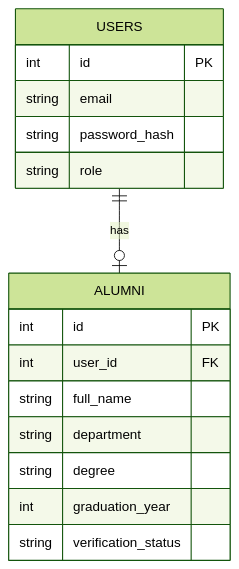
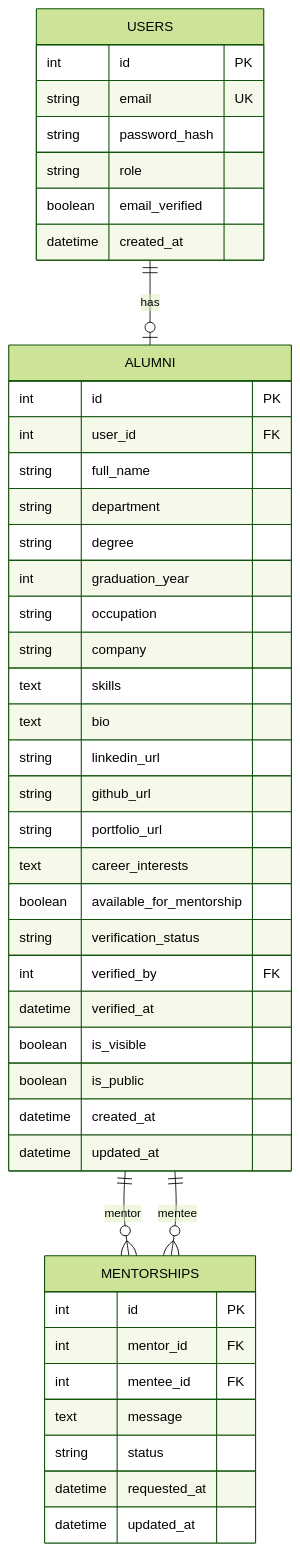
The diagram in README.md (varshaarun1211/LegacyLink), drawn with Mermaid (forest theme) before and after one commit. The commit also changed other lines of this file, not shown here.

First line of the commit message:
Update README with database schema and ER diagram

````diff
--- a/README.md
+++ b/README.md
@@ -171,21 +131,50 @@
 ```mermaid
 erDiagram
     USERS ||--o| ALUMNI : has
+    ALUMNI ||--o{ MENTORSHIPS : mentor
+    ALUMNI ||--o{ MENTORSHIPS : mentee
 
     USERS {
         int id PK
-        string email
+        string email UK
         string password_hash
         string role
+        boolean email_verified
+        datetime created_at
     }
 
     ALUMNI {
         int id PK
         int user_id FK
         string full_name
         string department
         string degree
         int graduation_year
+        string occupation
+        string company
+        text skills
+        text bio
+        string linkedin_url
+        string github_url
+        string portfolio_url
+        text career_interests
+        boolean available_for_mentorship
         string verification_status
+        int verified_by FK
+        datetime verified_at
+        boolean is_visible
+        boolean is_public
+        datetime created_at
+        datetime updated_at
+    }
+
+    MENTORSHIPS {
+        int id PK
+        int mentor_id FK
+        int mentee_id FK
+        text message
+        string status
+        datetime requested_at
+        datetime updated_at
     }
 ```
````
